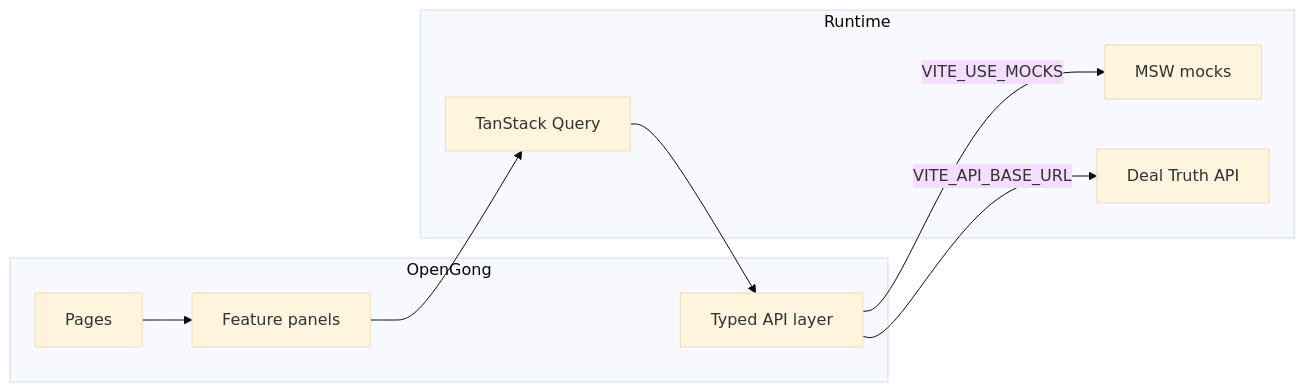
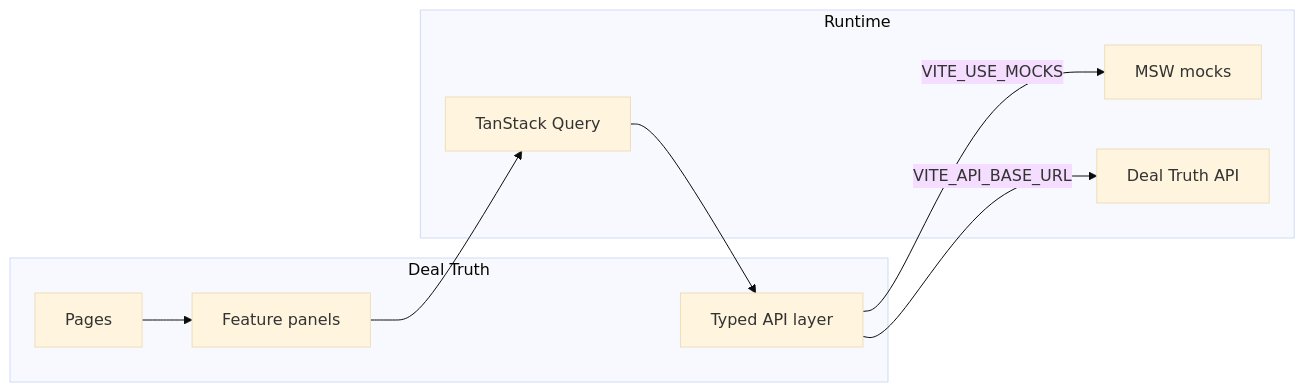
The diagram in README.md (pratima-mahato/deal-truth-ui), drawn with Mermaid (base theme) before and after one commit. The commit also changed other lines of this file and 110 other files, not shown here.

````diff
--- a/README.md
+++ b/README.md
@@ -131,20 +142,20 @@
 ```mermaid
 flowchart LR
-  subgraph UI["OpenGong"]
+  subgraph UI["Deal Truth"]
     Pages["Pages"]
     Features["Feature panels"]
     API["Typed API layer"]
   end
 
   subgraph Runtime["Runtime"]
     RQ["TanStack Query"]
     MSW["MSW mocks"]
     DT["Deal Truth API"]
   end
 
   Pages --> Features
   Features --> RQ
   RQ --> API
   API -->|"VITE_USE_MOCKS"| MSW
   API -->|"VITE_API_BASE_URL"| DT
 ```
````
